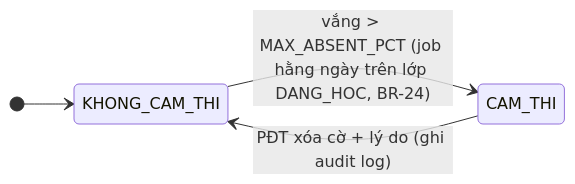
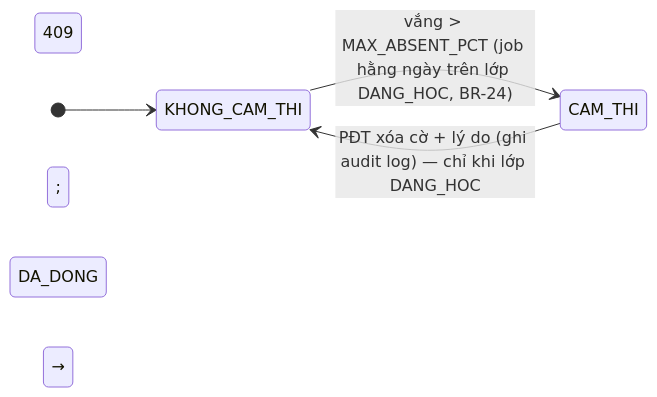
Before and after one commit to ThaiSon-123/HeThongDangKyMonHoc: the seventh of 12 diagrams in plan.md, drawn with Mermaid. The commit also changed other lines of this file and 154 other files, not shown here.

````diff
--- a/plan.md
+++ b/plan.md
@@ -959,7 +1001,7 @@
 ```mermaid
 stateDiagram-v2
     direction LR
     [*] --> KHONG_CAM_THI
     KHONG_CAM_THI --> CAM_THI: vắng > MAX_ABSENT_PCT (job hằng ngày trên lớp DANG_HOC, BR-24)
-    CAM_THI --> KHONG_CAM_THI: PĐT xóa cờ + lý do (ghi audit log)
+    CAM_THI --> KHONG_CAM_THI: PĐT xóa cờ + lý do (ghi audit log) — chỉ khi lớp DANG_HOC; DA_DONG → 409
 ```
````
